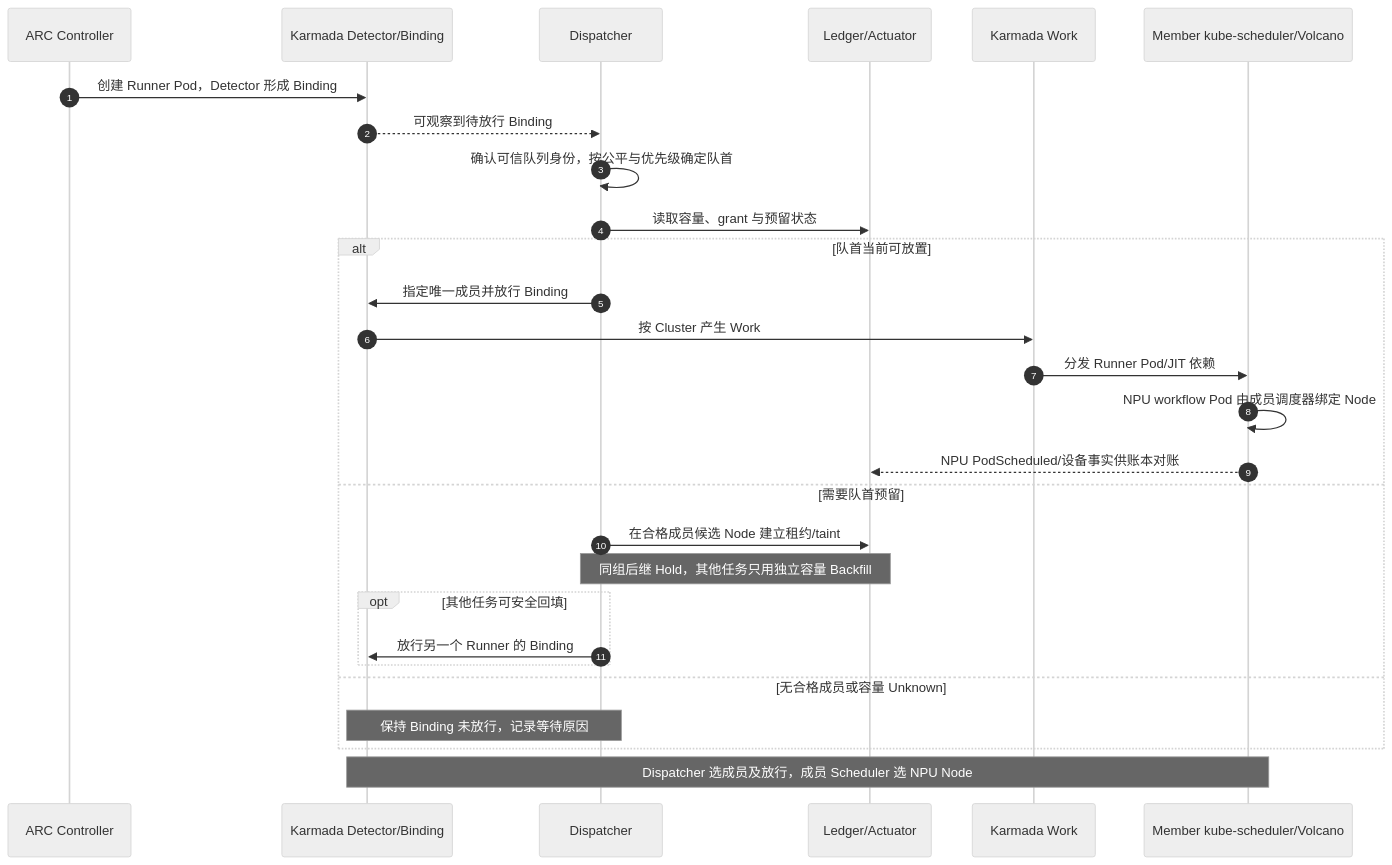
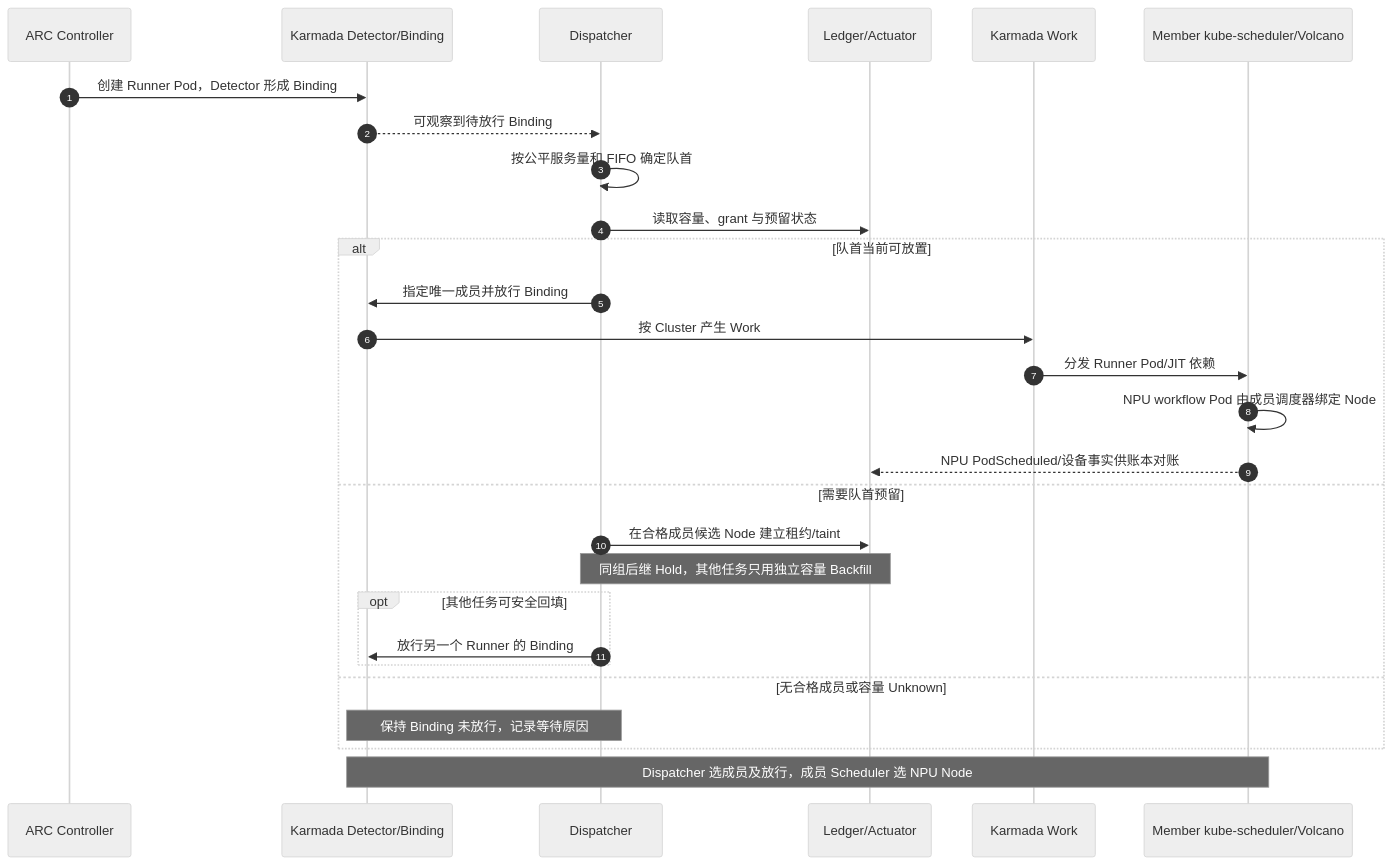
The tenth of 15 diagrams in docs/ASCEND-CI-FEDERATED-CLUSTER-FUNCTIONAL-DESIGN.md (pkking/arc-karmada-test), drawn with Mermaid (neutral theme) before and after one commit. The commit also changed other lines of this file, not shown here.

````diff
--- a/docs/ASCEND-CI-FEDERATED-CLUSTER-FUNCTIONAL-DESIGN.md
+++ b/docs/ASCEND-CI-FEDERATED-CLUSTER-FUNCTIONAL-DESIGN.md
@@ -1300,30 +1306,30 @@
 ```mermaid
 sequenceDiagram
     autonumber
     participant C as ARC Controller
     participant K as Karmada Detector/Binding
     participant D as Dispatcher
     participant A as Ledger/Actuator
     participant W as Karmada Work
     participant M as Member kube-scheduler/Volcano
     C->>K: 创建 Runner Pod，Detector 形成 Binding
     K-->>D: 可观察到待放行 Binding
-    D->>D: 确认可信队列身份，按公平与优先级确定队首
+    D->>D: 按公平服务量和 FIFO 确定队首
     D->>A: 读取容量、grant 与预留状态
     alt 队首当前可放置
         D->>K: 指定唯一成员并放行 Binding
         K->>W: 按 Cluster 产生 Work
         W->>M: 分发 Runner Pod/JIT 依赖
         M->>M: NPU workflow Pod 由成员调度器绑定 Node
         M-->>A: NPU PodScheduled/设备事实供账本对账
     else 需要队首预留
         D->>A: 在合格成员候选 Node 建立租约/taint
         Note over D,A: 同组后继 Hold，其他任务只用独立容量 Backfill
         opt 其他任务可安全回填
             D->>K: 放行另一个 Runner 的 Binding
         end
     else 无合格成员或容量 Unknown
         Note over D,K: 保持 Binding 未放行，记录等待原因
     end
     Note over K,M: Dispatcher 选成员及放行，成员 Scheduler 选 NPU Node
 ```
````
